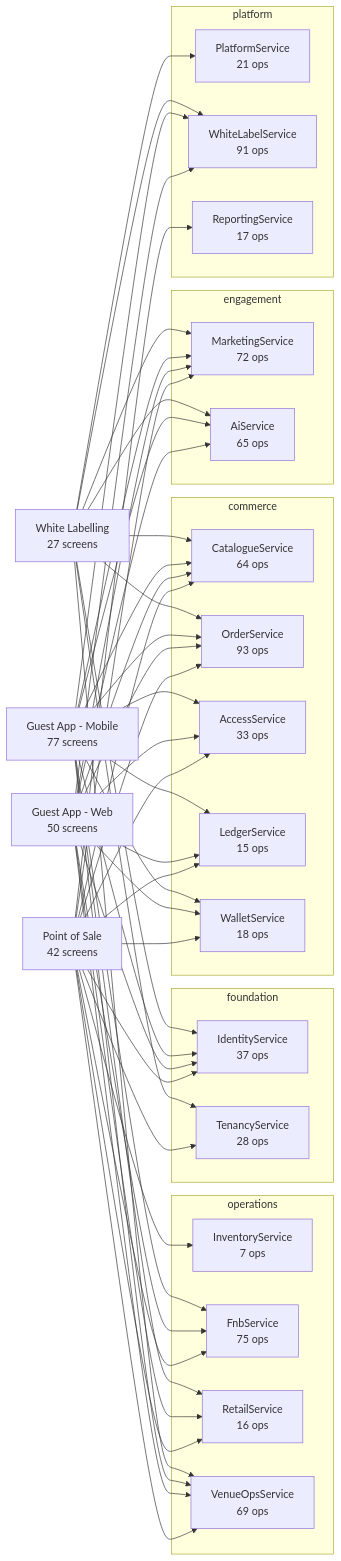
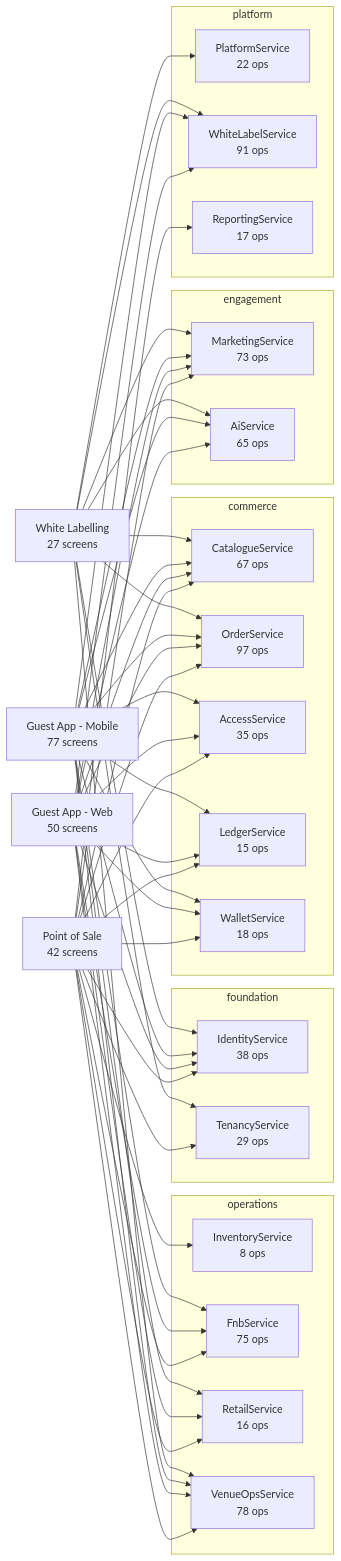
One commit to Diretide298/Solution_Architecture changed the diagram in ticvai/repos/ticvai-docs/handoff/service-docs/README.md. Above: the diagram before and after it, drawn with Mermaid. The commit also changed other lines of this file and 5899 other files, not shown here.

Commit message:
TICVAI: final refresh for r1 of the fresh start (refresh-safe PASS on 94179670: spec fixes, r1 additions, Block A completeness at 6 tasks a day with the AI cut to A2, AI residency enforcement, venue-map import, flow briefs)

````diff
--- a/ticvai/repos/ticvai-docs/handoff/service-docs/README.md
+++ b/ticvai/repos/ticvai-docs/handoff/service-docs/README.md
@@ -9,79 +9,79 @@
 ```mermaid
 flowchart LR
   POS["Point of Sale<br/>42 screens"]
   WEB["Guest App - Web<br/>50 screens"]
   MOB["Guest App - Mobile<br/>77 screens"]
   WL["White Labelling<br/>27 screens"]
   subgraph foundation
-    IdentityService["IdentityService<br/>37 ops"]
-    TenancyService["TenancyService<br/>28 ops"]
+    IdentityService["IdentityService<br/>38 ops"]
+    TenancyService["TenancyService<br/>29 ops"]
   end
   subgraph commerce
-    CatalogueService["CatalogueService<br/>64 ops"]
-    OrderService["OrderService<br/>93 ops"]
-    AccessService["AccessService<br/>33 ops"]
+    CatalogueService["CatalogueService<br/>67 ops"]
+    OrderService["OrderService<br/>97 ops"]
+    AccessService["AccessService<br/>35 ops"]
     LedgerService["LedgerService<br/>15 ops"]
     WalletService["WalletService<br/>18 ops"]
   end
   subgraph operations
-    InventoryService["InventoryService<br/>7 ops"]
+    InventoryService["InventoryService<br/>8 ops"]
     FnbService["FnbService<br/>75 ops"]
     RetailService["RetailService<br/>16 ops"]
-    VenueOpsService["VenueOpsService<br/>69 ops"]
+    VenueOpsService["VenueOpsService<br/>78 ops"]
   end
   subgraph engagement
-    MarketingService["MarketingService<br/>72 ops"]
+    MarketingService["MarketingService<br/>73 ops"]
     AiService["AiService<br/>65 ops"]
   end
   subgraph platform
-    PlatformService["PlatformService<br/>21 ops"]
+    PlatformService["PlatformService<br/>22 ops"]
     WhiteLabelService["WhiteLabelService<br/>91 ops"]
     ReportingService["ReportingService<br/>17 ops"]
   end
   POS --> OrderService
   WEB --> OrderService
   MOB --> OrderService
   WL --> OrderService
   POS --> CatalogueService
   WEB --> CatalogueService
   MOB --> CatalogueService
   WL --> CatalogueService
   POS --> AccessService
   WEB --> AccessService
   MOB --> AccessService
   WL --> PlatformService
   POS --> MarketingService
   WEB --> MarketingService
   MOB --> MarketingService
   WL --> MarketingService
   POS --> VenueOpsService
   WEB --> VenueOpsService
   MOB --> VenueOpsService
   WL --> VenueOpsService
   POS --> TenancyService
   WL --> TenancyService
   POS --> ReportingService
   POS --> FnbService
   WEB --> FnbService
   MOB --> FnbService
   WEB --> WhiteLabelService
   MOB --> WhiteLabelService
   WL --> WhiteLabelService
   POS --> InventoryService
   POS --> WalletService
   WEB --> WalletService
   MOB --> WalletService
   POS --> IdentityService
   WEB --> IdentityService
   MOB --> IdentityService
   WL --> IdentityService
   POS --> RetailService
   WEB --> RetailService
   MOB --> RetailService
   WEB --> AiService
   MOB --> AiService
   WL --> AiService
   POS --> LedgerService
   WEB --> LedgerService
   MOB --> LedgerService
 ```
````
